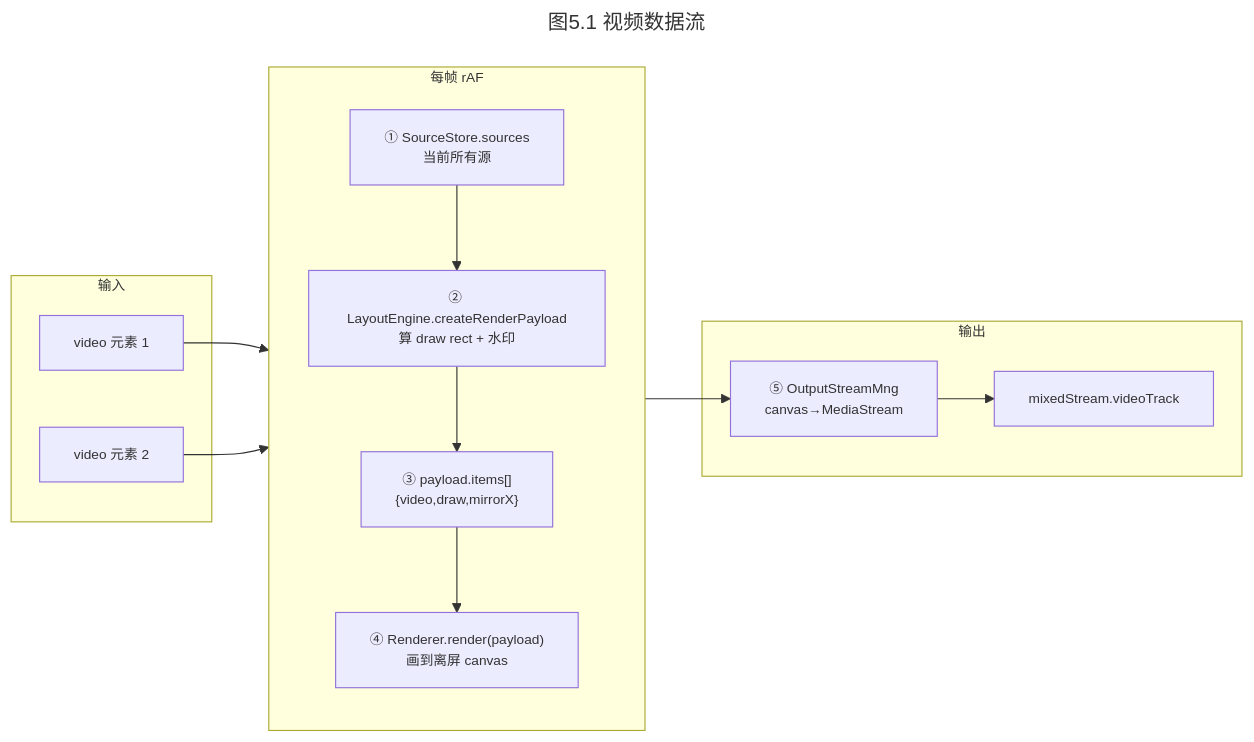
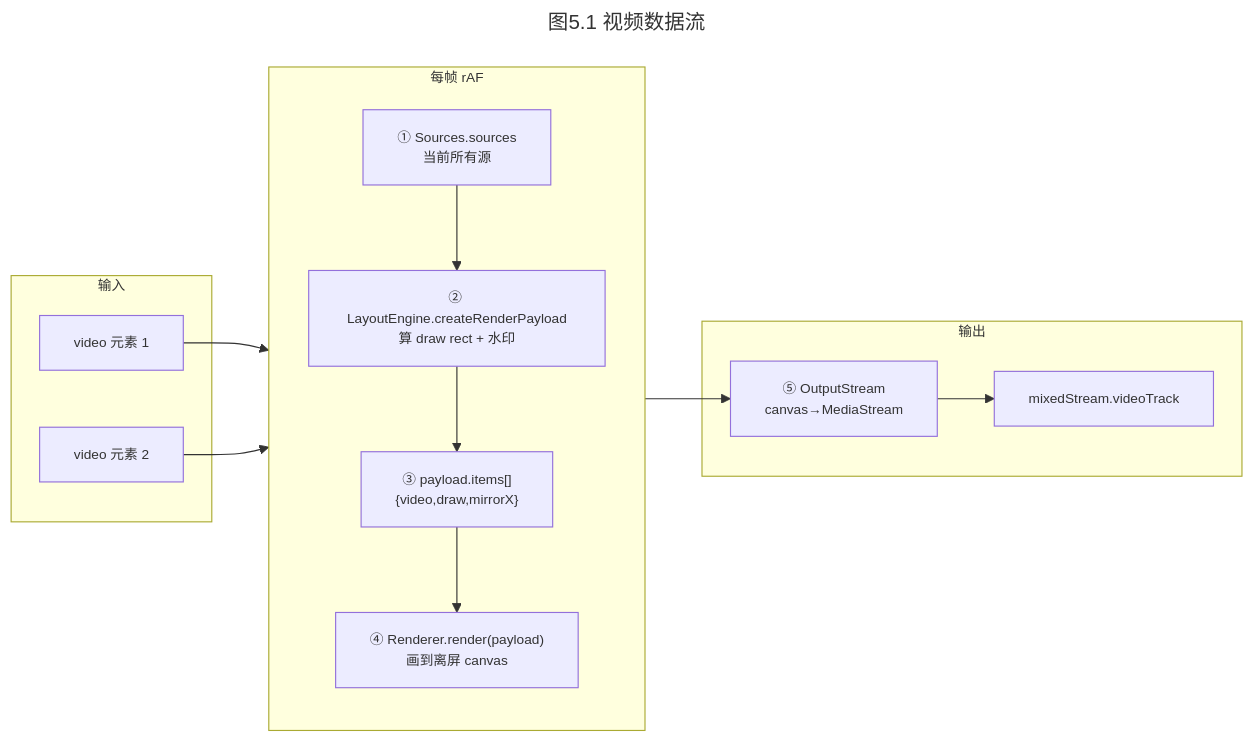
The fourth of 19 diagrams in docs/MediaEffectsComposer-学习手册.md (lei40251/JsSIP), drawn with Mermaid before and after one commit. The commit also changed other lines of this file and 72 other files, not shown here.

````diff
--- a/docs/MediaEffectsComposer-学习手册.md
+++ b/docs/MediaEffectsComposer-学习手册.md
@@ -300,30 +286,30 @@
 ```mermaid
 ---
 title: 图5.1  视频数据流
 config:
   themeVariables:
     fontSize: 12px
 ---
 graph LR
     subgraph S_IN["输入"]
         V1["video 元素 1"]
         V2["video 元素 2"]
     end
 
     subgraph S_RAF["每帧 rAF"]
         direction TB
-        A["① SourceStore.sources<br/>当前所有源"]
+        A["① Sources.sources<br/>当前所有源"]
         B["② LayoutEngine.createRenderPayload<br/>算 draw rect + 水印"]
         C["③ payload.items[]<br/>{video,draw,mirrorX}"]
         D["④ Renderer.render(payload)<br/>画到离屏 canvas"]
     end
 
     subgraph S_OUT["输出"]
-        E["⑤ OutputStreamMng<br/>canvas→MediaStream"]
+        E["⑤ OutputStream<br/>canvas→MediaStream"]
         F["mixedStream.videoTrack"]
     end
 
     V1 --> A
     V2 --> A
     A --> B --> C --> D --> E --> F
 ```
````
